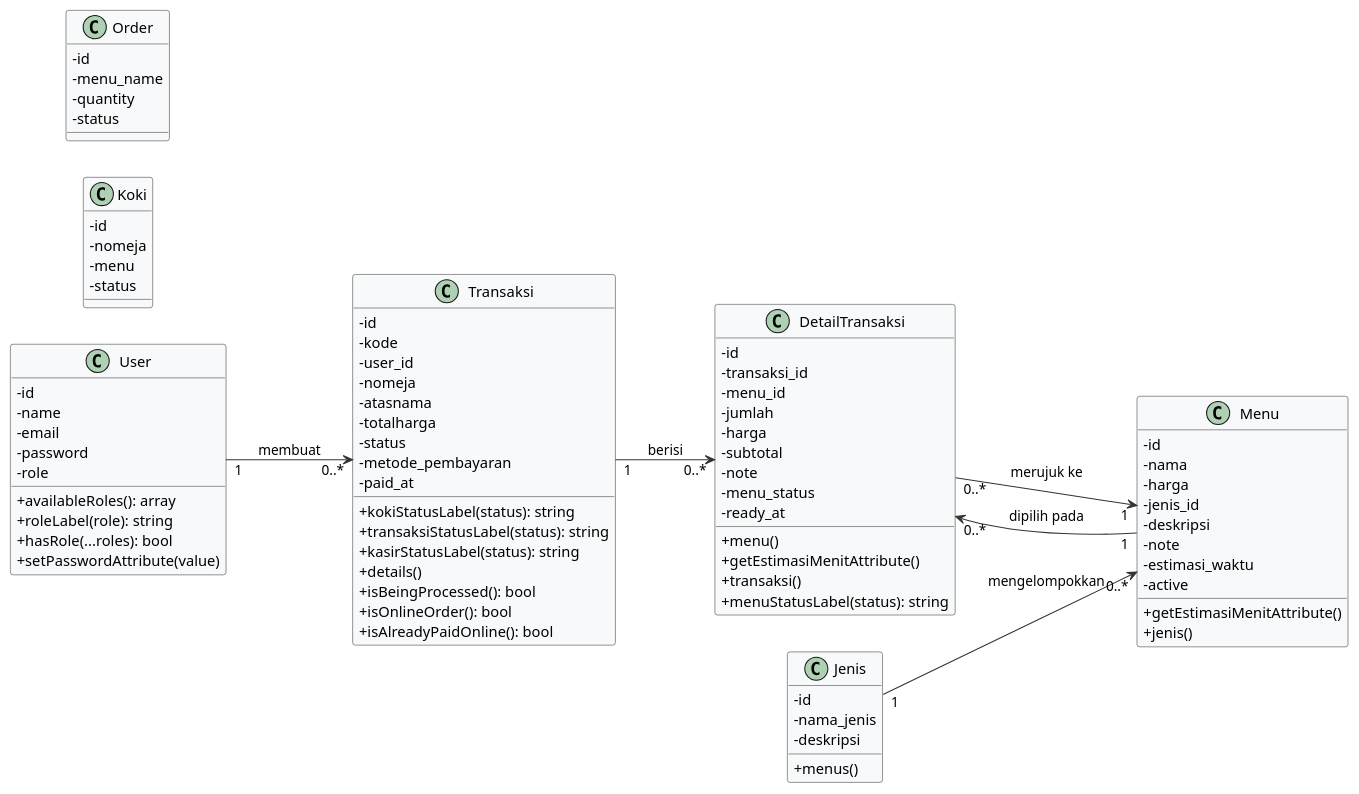
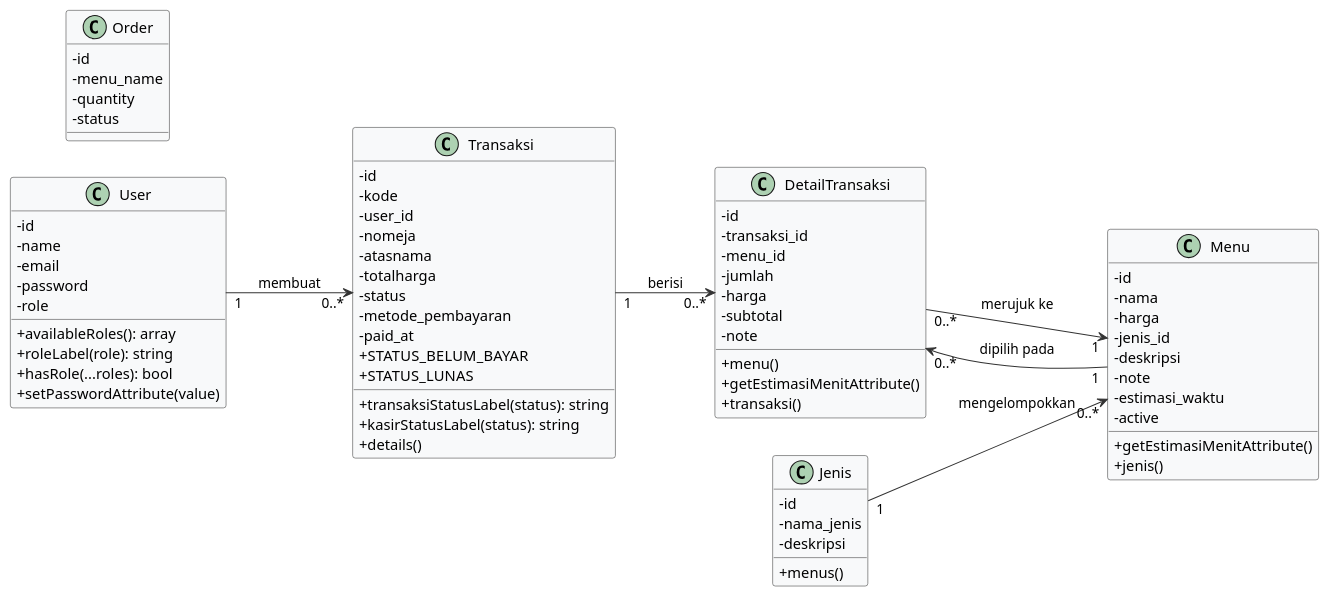
One commit to RenoSetyo18/Update-Penjualan-OmahJawa changed the diagram in CLASS_DIAGRAM.puml. Above: the diagram before and after it, drawn with PlantUML. The commit also changed 116 other files, not shown here.

```diff
--- a/CLASS_DIAGRAM.puml
+++ b/CLASS_DIAGRAM.puml
@@ -1,96 +1,84 @@
 @startuml
 skinparam classAttributeIconSize 0
 skinparam class {
   BackgroundColor #F8F9FA
   BorderColor #333333
   ArrowColor #333333
 }
 left to right direction
 
 class User {
   -id
   -name
   -email
   -password
   -role
   +availableRoles(): array
   +roleLabel(role): string
   +hasRole(...roles): bool
   +setPasswordAttribute(value)
 }
 
 class Jenis {
   -id
   -nama_jenis
   -deskripsi
   +menus()
 }
 
 class Menu {
   -id
   -nama
   -harga
   -jenis_id
   -deskripsi
   -note
   -estimasi_waktu
   -active
   +getEstimasiMenitAttribute()
   +jenis()
 }
 
 class Transaksi {
   -id
   -kode
   -user_id
   -nomeja
   -atasnama
   -totalharga
   -status
   -metode_pembayaran
   -paid_at
-  +kokiStatusLabel(status): string
+  +STATUS_BELUM_BAYAR
+  +STATUS_LUNAS
   +transaksiStatusLabel(status): string
   +kasirStatusLabel(status): string
   +details()
-  +isBeingProcessed(): bool
-  +isOnlineOrder(): bool
-  +isAlreadyPaidOnline(): bool
 }
 
 class DetailTransaksi {
   -id
   -transaksi_id
   -menu_id
   -jumlah
   -harga
   -subtotal
   -note
-  -menu_status
-  -ready_at
   +menu()
   +getEstimasiMenitAttribute()
   +transaksi()
-  +menuStatusLabel(status): string
-}
-
-class Koki {
-  -id
-  -nomeja
-  -menu
-  -status
 }
 
 class Order {
   -id
   -menu_name
   -quantity
   -status
 }
 
 User "1" --> "0..*" Transaksi : membuat
 Jenis "1" --> "0..*" Menu : mengelompokkan
 Menu "1" --> "0..*" DetailTransaksi : dipilih pada
 Transaksi "1" --> "0..*" DetailTransaksi : berisi
 DetailTransaksi "0..*" --> "1" Menu : merujuk ke
 @enduml
```
